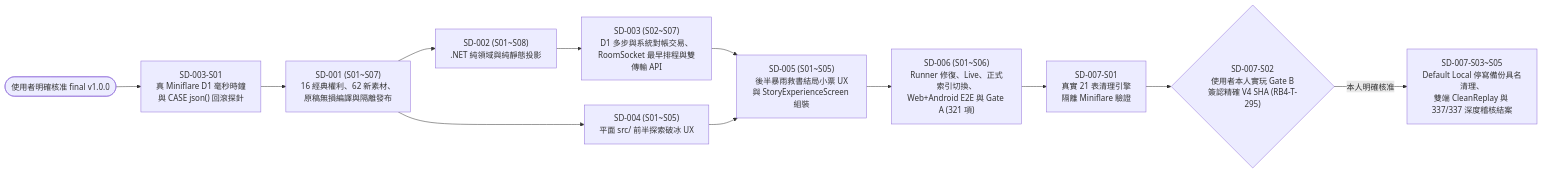
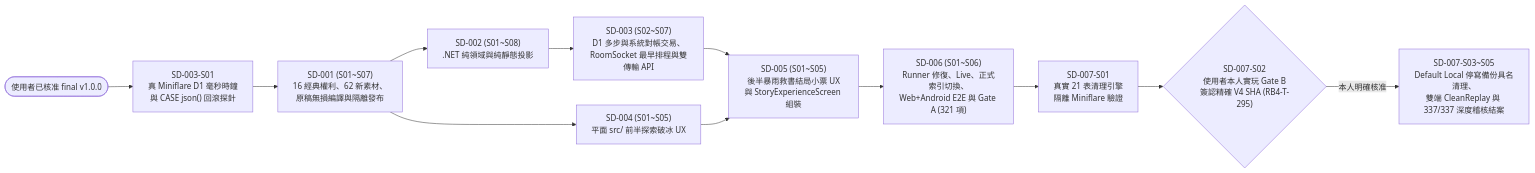
Before and after one commit to Whattsai/gamenenstyle: the diagram in datinghigh/docs/sd/SPEC-001-RainBookshopV4/final/00-overview.md, drawn with Mermaid. The commit also changed other lines of this file and 10 other files, not shown here.

````diff
--- a/datinghigh/docs/sd/SPEC-001-RainBookshopV4/final/00-overview.md
+++ b/datinghigh/docs/sd/SPEC-001-RainBookshopV4/final/00-overview.md
@@ -139,32 +139,32 @@
 ```mermaid
 flowchart LR
-  Approve(["使用者明確核准 final v1.0.0"]) --> S301["SD-003-S01
+  Approve(["使用者已核准 final v1.0.0"]) --> S301["SD-003-S01
 真 Miniflare D1 毫秒時鐘
 與 CASE json() 回滾探針"]
   S301 --> SD001["SD-001 (S01~S07)
 16 經典權利、62 新素材、
 原稿無損編譯與隔離發布"]
   SD001 --> SD002["SD-002 (S01~S08)
 .NET 純領域與純靜態投影"]
   SD001 --> SD004["SD-004 (S01~S05)
 平面 src/ 前半探索破冰 UX"]
   SD002 --> SD003Rest["SD-003 (S02~S07)
 D1 多步與系統對帳交易、
 RoomSocket 最早排程與雙傳輸 API"]
   SD003Rest --> SD005["SD-005 (S01~S05)
 後半暴雨救書結局小票 UX
 與 StoryExperienceScreen 組裝"]
   SD004 --> SD005
   SD005 --> SD006["SD-006 (S01~S06)
 Runner 修復、Live、正式索引切換、
 Web+Android E2E 與 Gate A (321 項)"]
   SD006 --> S701["SD-007-S01
 真實 21 表清理引擎
 隔離 Miniflare 驗證"]
   S701 --> GateB{"SD-007-S02
 使用者本人實玩 Gate B
 簽認精確 V4 SHA (RB4-T-295)"}
   GateB -- "本人明確核准" --> S703["SD-007-S03~S05
 Default Local 停寫備份具名清理、
 雙端 CleanReplay 與 337/337 深度稽核結案"]
 ```
````
